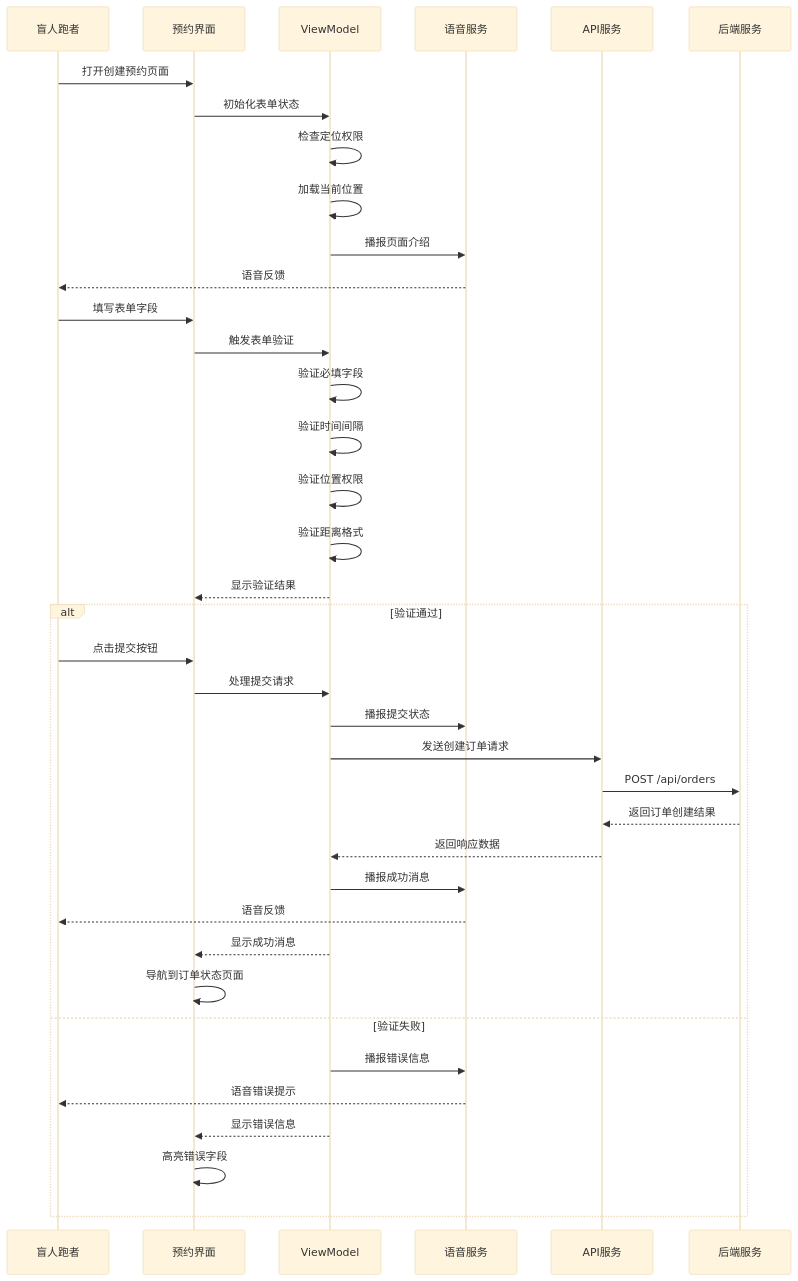
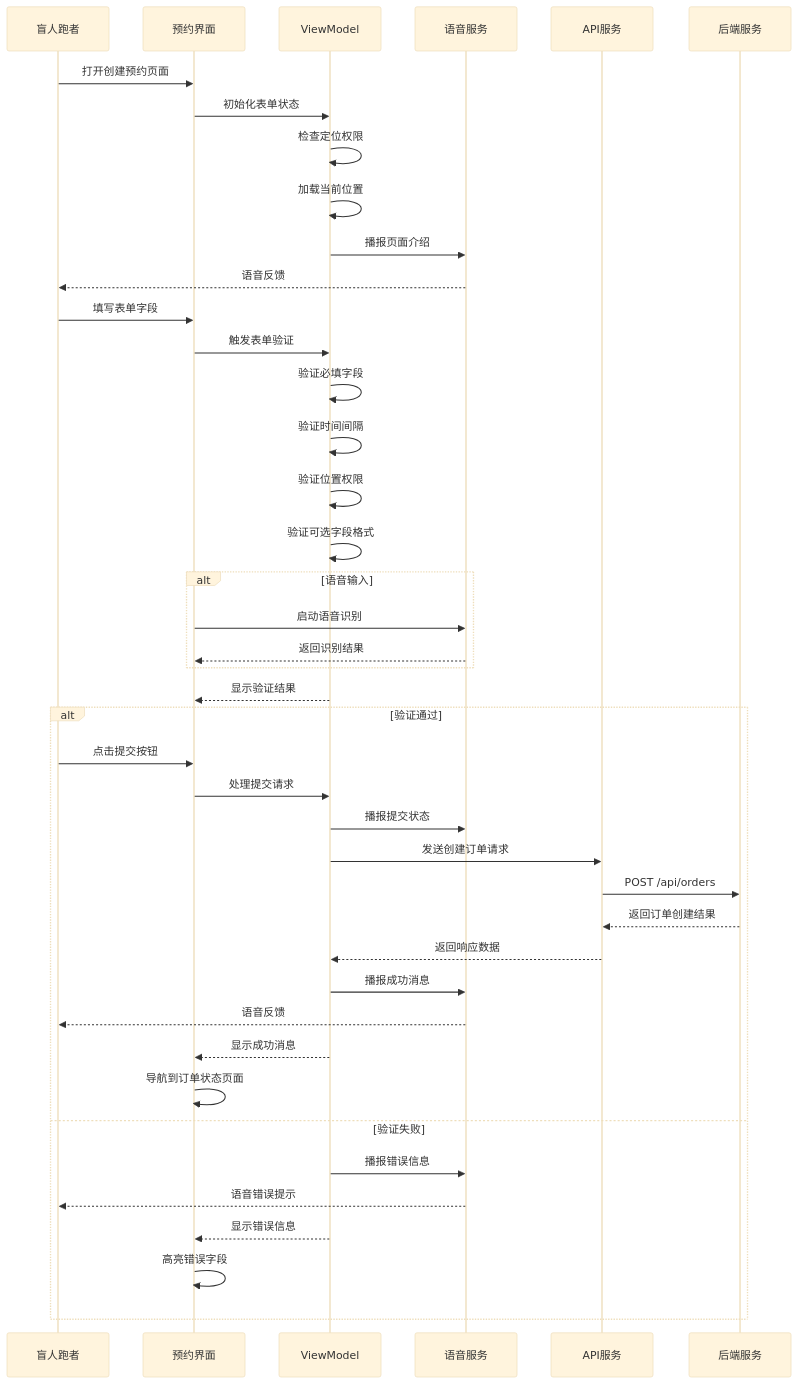
One commit to Jayden23018/blind-run-ios changed the eighth of 10 diagrams in .qoder/repowiki/zh/content/核心功能模块/盲人跑者功能/预约创建系统.md. Above: the diagram before and after it, drawn with Mermaid (base theme). The commit also changed other lines of this file and 22 other files, not shown here.

````diff
--- a/.qoder/repowiki/zh/content/核心功能模块/盲人跑者功能/预约创建系统.md
+++ b/.qoder/repowiki/zh/content/核心功能模块/盲人跑者功能/预约创建系统.md
@@ -414,40 +426,44 @@
 ```mermaid
 sequenceDiagram
 participant BR as 盲人跑者
 participant UI as 预约界面
 participant VM as ViewModel
 participant Speech as 语音服务
 participant APIService as API服务
 participant Backend as 后端服务
 BR->>UI : 打开创建预约页面
 UI->>VM : 初始化表单状态
 VM->>VM : 检查定位权限
 VM->>VM : 加载当前位置
 VM->>Speech : 播报页面介绍
 Speech-->>BR : 语音反馈
 BR->>UI : 填写表单字段
 UI->>VM : 触发表单验证
 VM->>VM : 验证必填字段
 VM->>VM : 验证时间间隔
 VM->>VM : 验证位置权限
-VM->>VM : 验证距离格式
+VM->>VM : 验证可选字段格式
+alt 语音输入
+UI->>Speech : 启动语音识别
+Speech-->>UI : 返回识别结果
+end
 VM-->>UI : 显示验证结果
 alt 验证通过
 BR->>UI : 点击提交按钮
 UI->>VM : 处理提交请求
 VM->>Speech : 播报提交状态
 VM->>APIService : 发送创建订单请求
 APIService->>Backend : POST /api/orders
 Backend-->>APIService : 返回订单创建结果
 APIService-->>VM : 返回响应数据
 VM->>Speech : 播报成功消息
 Speech-->>BR : 语音反馈
 VM-->>UI : 显示成功消息
 UI->>UI : 导航到订单状态页面
 else 验证失败
 VM->>Speech : 播报错误信息
 Speech-->>BR : 语音错误提示
 VM-->>UI : 显示错误信息
 UI->>UI : 高亮错误字段
 end
 ```
````
